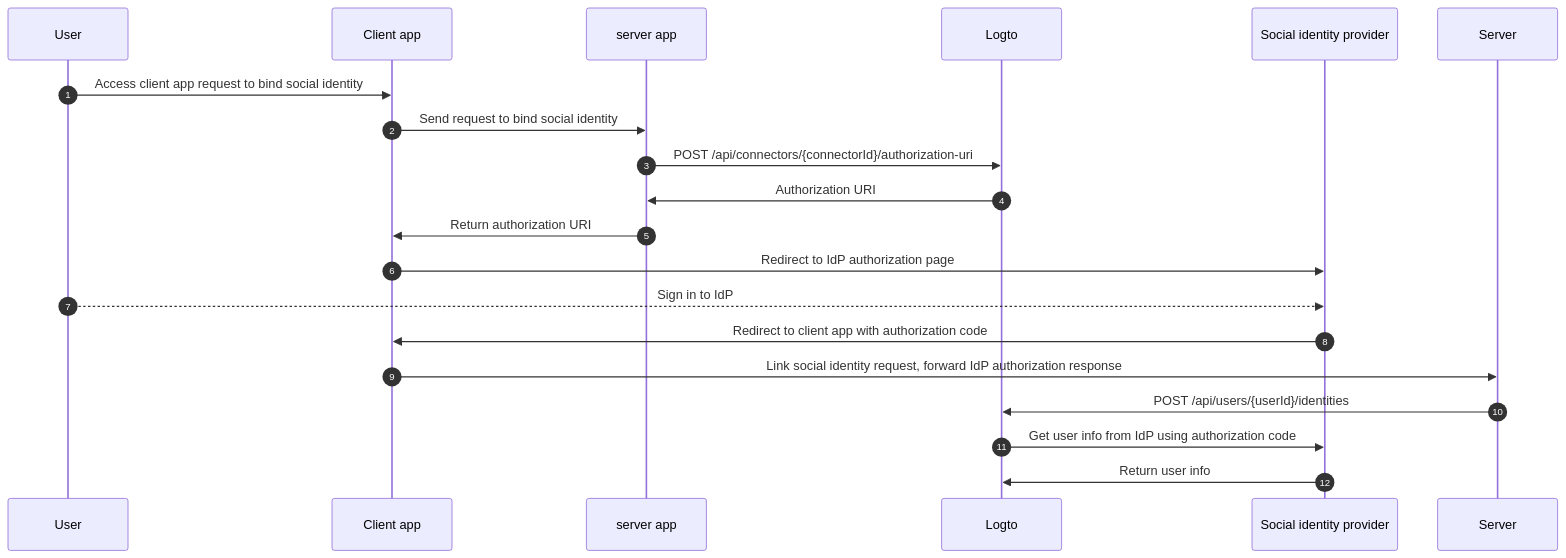
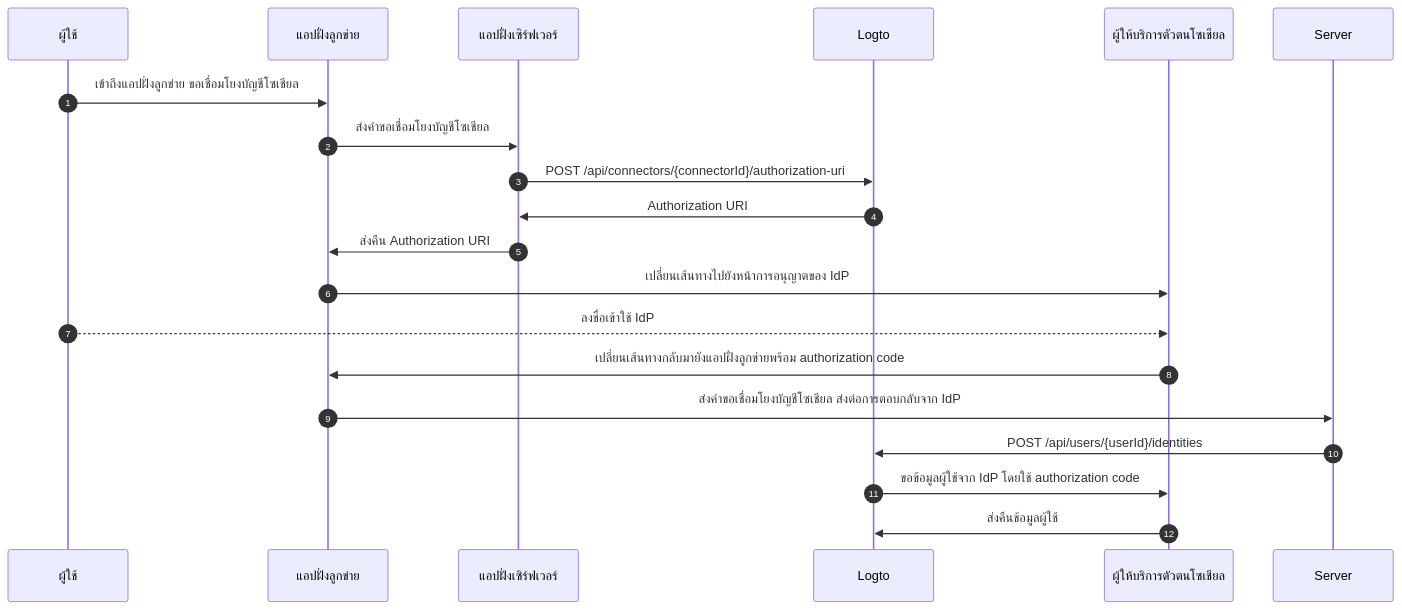
Before and after one commit to logto-io/docs: the third of 3 diagrams in i18n/th/docusaurus-plugin-content-docs/current/end-user-flows/account-settings/by-management-api.mdx, drawn with Mermaid. The commit also changed other lines of this file and 35 other files, not shown here.

````diff
--- a/i18n/th/docusaurus-plugin-content-docs/current/end-user-flows/account-settings/by-management-api.mdx
+++ b/i18n/th/docusaurus-plugin-content-docs/current/end-user-flows/account-settings/by-management-api.mdx
@@ -120,22 +120,22 @@
 ```mermaid
 sequenceDiagram
     autoNumber
-    participant User as User
-    participant Client as Client app
-    participant App as server app
+    participant User as ผู้ใช้
+    participant Client as แอปฝั่งลูกข่าย
+    participant App as แอปฝั่งเซิร์ฟเวอร์
     participant Logto as Logto
-    participant IdP as Social identity provider
+    participant IdP as ผู้ให้บริการตัวตนโซเชียล
 
-    User ->> Client: Access client app request to bind social identity
-    Client ->> App: Send request to bind social identity
+    User ->> Client: เข้าถึงแอปฝั่งลูกข่าย ขอเชื่อมโยงบัญชีโซเชียล
+    Client ->> App: ส่งคำขอเชื่อมโยงบัญชีโซเชียล
     App ->> Logto: POST /api/connectors/{connectorId}/authorization-uri
     Logto ->> App: Authorization URI
-    App ->> Client: Return authorization URI
-    Client ->> IdP: Redirect to IdP authorization page
-    User -->> IdP: Sign in to IdP
-    IdP ->> Client: Redirect to client app with authorization code
-    Client ->> Server: Link social identity request, forward IdP authorization response
+    App ->> Client: ส่งคืน Authorization URI
+    Client ->> IdP: เปลี่ยนเส้นทางไปยังหน้าการอนุญาตของ IdP
+    User -->> IdP: ลงชื่อเข้าใช้ IdP
+    IdP ->> Client: เปลี่ยนเส้นทางกลับมายังแอปฝั่งลูกข่ายพร้อม authorization code
+    Client ->> Server: ส่งคำขอเชื่อมโยงบัญชีโซเชียล ส่งต่อการตอบกลับจาก IdP
     Server ->> Logto: POST /api/users/{userId}/identities
-    Logto ->> IdP: Get user info from IdP using authorization code
-    IdP ->> Logto: Return user info
+    Logto ->> IdP: ขอข้อมูลผู้ใช้จาก IdP โดยใช้ authorization code
+    IdP ->> Logto: ส่งคืนข้อมูลผู้ใช้
 ```
````
